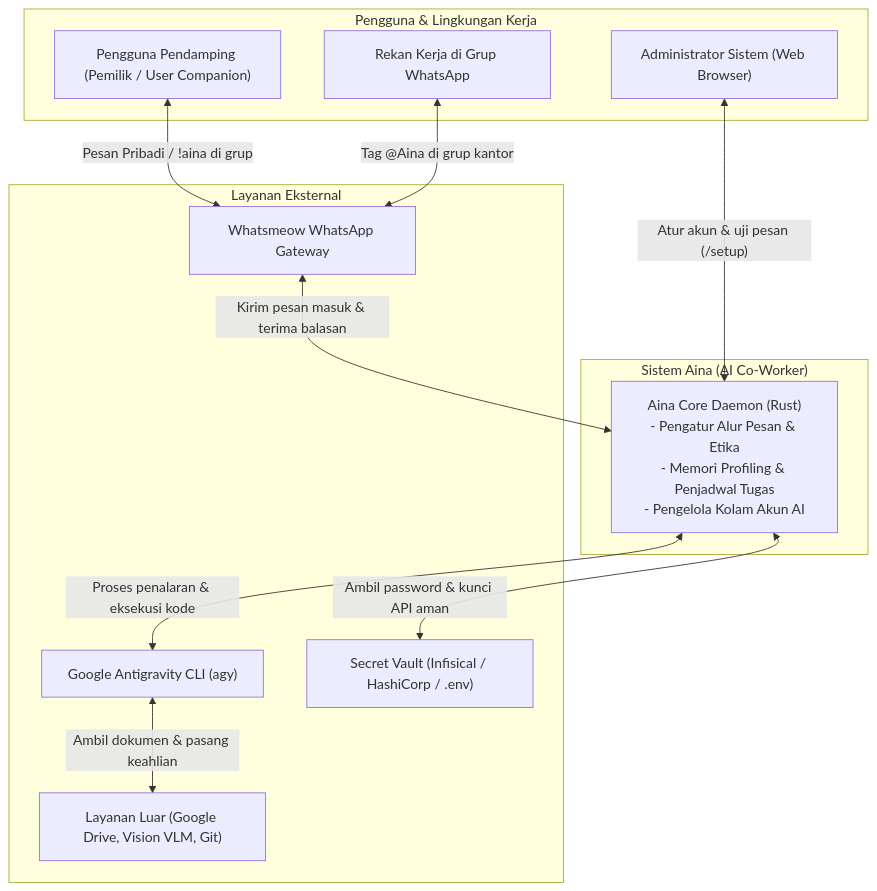
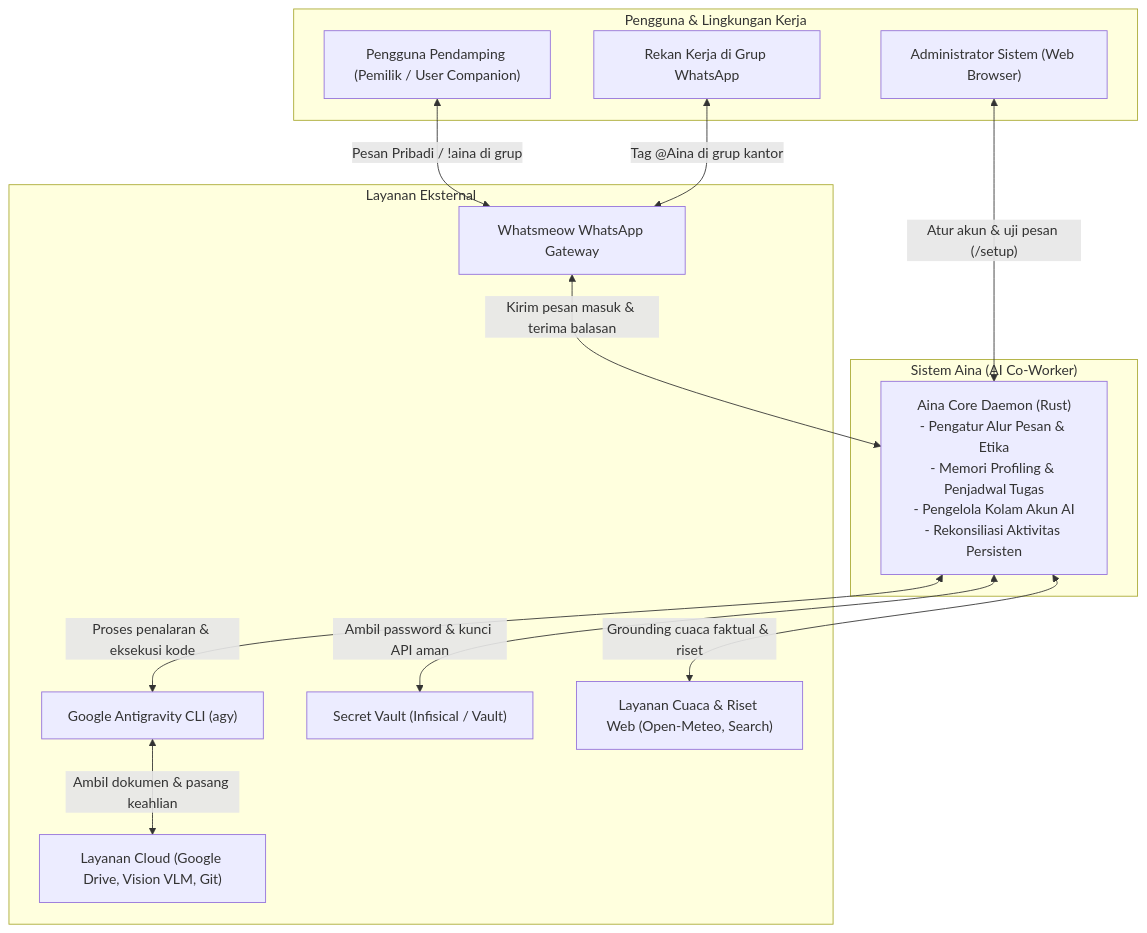
Before and after one commit to ipds6104/aina: the diagram in docs/architecture/03_context_and_scope.md, drawn with Mermaid. The commit also changed other lines of this file and 11 other files, not shown here.

Commit message:
docs(arc42): update architecture documentation to baseline commit 1ee7597 with activity engine & reflection

````diff
--- a/docs/architecture/03_context_and_scope.md
+++ b/docs/architecture/03_context_and_scope.md
@@ -17,27 +17,29 @@
 ```mermaid
 flowchart TD
     subgraph Pengguna ["Pengguna & Lingkungan Kerja"]
         Companion["Pengguna Pendamping (Pemilik / User Companion)"]
         RekanGrup["Rekan Kerja di Grup WhatsApp"]
         AdminWeb["Administrator Sistem (Web Browser)"]
     end
 
     subgraph BatasSistem ["Sistem Aina (AI Co-Worker)"]
-        AinaCore["Aina Core Daemon (Rust)\n- Pengatur Alur Pesan & Etika\n- Memori Profiling & Penjadwal Tugas\n- Pengelola Kolam Akun AI"]
+        AinaCore["Aina Core Daemon (Rust)\n- Pengatur Alur Pesan & Etika\n- Memori Profiling & Penjadwal Tugas\n- Pengelola Kolam Akun AI\n- Rekonsiliasi Aktivitas Persisten"]
     end
 
     subgraph SistemLuar ["Layanan Eksternal"]
         Whatsmeow["Whatsmeow WhatsApp Gateway"]
         AGY["Google Antigravity CLI (agy)"]
-        SecretVault["Secret Vault (Infisical / HashiCorp / .env)"]
-        CloudExt["Layanan Luar (Google Drive, Vision VLM, Git)"]
+        SecretVault["Secret Vault (Infisical / Vault)"]
+        CloudExt["Layanan Cloud (Google Drive, Vision VLM, Git)"]
+        EnvAPI["Layanan Cuaca & Riset Web (Open-Meteo, Search)"]
     end
 
     Companion <-->|"Pesan Pribadi / !aina di grup"| Whatsmeow
     RekanGrup <-->|"Tag @Aina di grup kantor"| Whatsmeow
     Whatsmeow <-->|"Kirim pesan masuk & terima balasan"| AinaCore
     AdminWeb <-->|"Atur akun & uji pesan (/setup)"| AinaCore
     AinaCore <-->|"Proses penalaran & eksekusi kode"| AGY
     AinaCore <-->|"Ambil password & kunci API aman"| SecretVault
     AGY <-->|"Ambil dokumen & pasang keahlian"| CloudExt
+    AinaCore <-->|"Grounding cuaca faktual & riset"| EnvAPI
 ```
````
